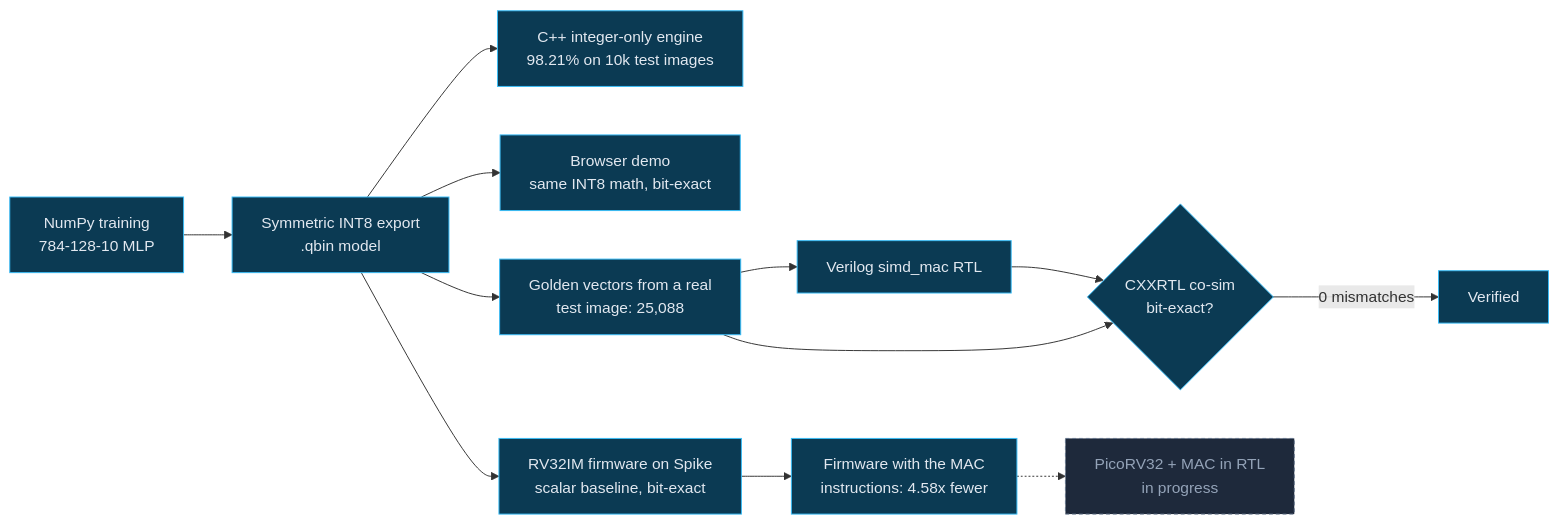
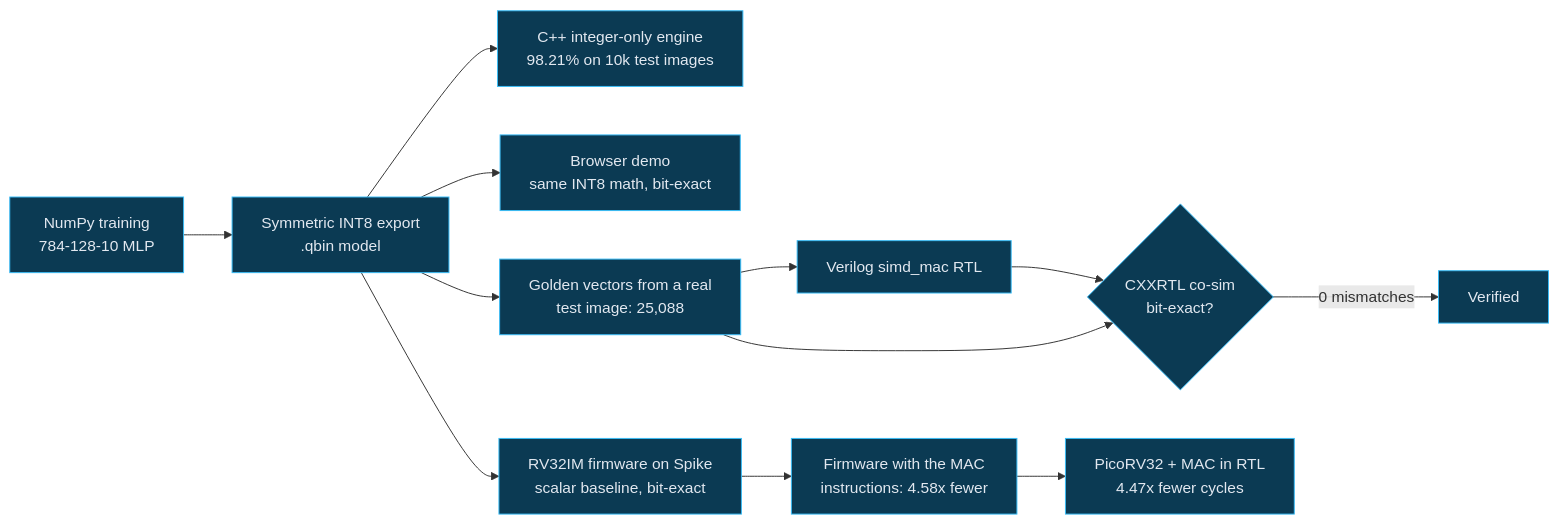
Before and after one commit to sajedulislam5840/riscv-edge-ai: the first of 4 diagrams in README.md, drawn with Mermaid. The commit also changed other lines of this file, not shown here.

````diff
--- a/README.md
+++ b/README.md
@@ -49,19 +45,17 @@
 ```mermaid
 flowchart LR
     A["NumPy training<br/>784-128-10 MLP"] --> B["Symmetric INT8 export<br/>.qbin model"]
     B --> C["C++ integer-only engine<br/>98.21% on 10k test images"]
     B --> F["Browser demo<br/>same INT8 math, bit-exact"]
     B --> D["Golden vectors from a real<br/>test image: 25,088"]
     D --> E["Verilog simd_mac RTL"]
     E --> G{"CXXRTL co-sim<br/>bit-exact?"}
     D --> G
     G -->|"0 mismatches"| H["Verified"]
     B --> I["RV32IM firmware on Spike<br/>scalar baseline, bit-exact"]
     I --> J2["Firmware with the MAC<br/>instructions: 4.58x fewer"]
-    J2 -.-> J["PicoRV32 + MAC in RTL<br/>in progress"]
+    J2 --> J["PicoRV32 + MAC in RTL<br/>4.47x fewer cycles"]
 
     classDef done fill:#0b3a53,stroke:#38bdf8,color:#e2e8f0
-    classDef todo fill:#1e293b,stroke:#64748b,color:#94a3b8,stroke-dasharray:4 3
-    class A,B,C,D,E,F,G,H,I,J2 done
-    class J todo
+    class A,B,C,D,E,F,G,H,I,J2,J done
 ```
````
